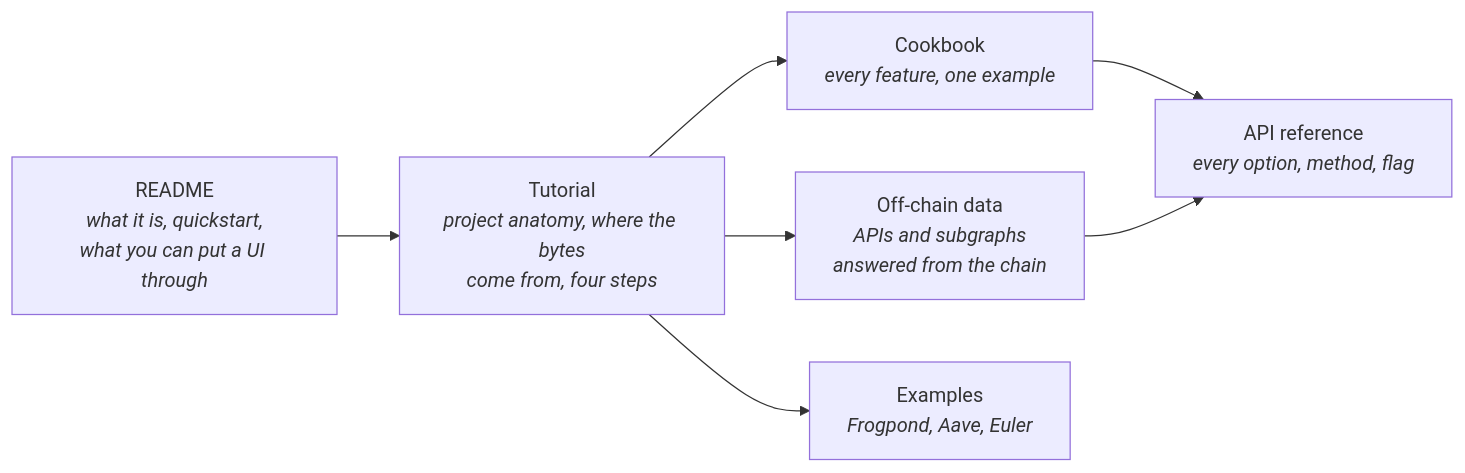
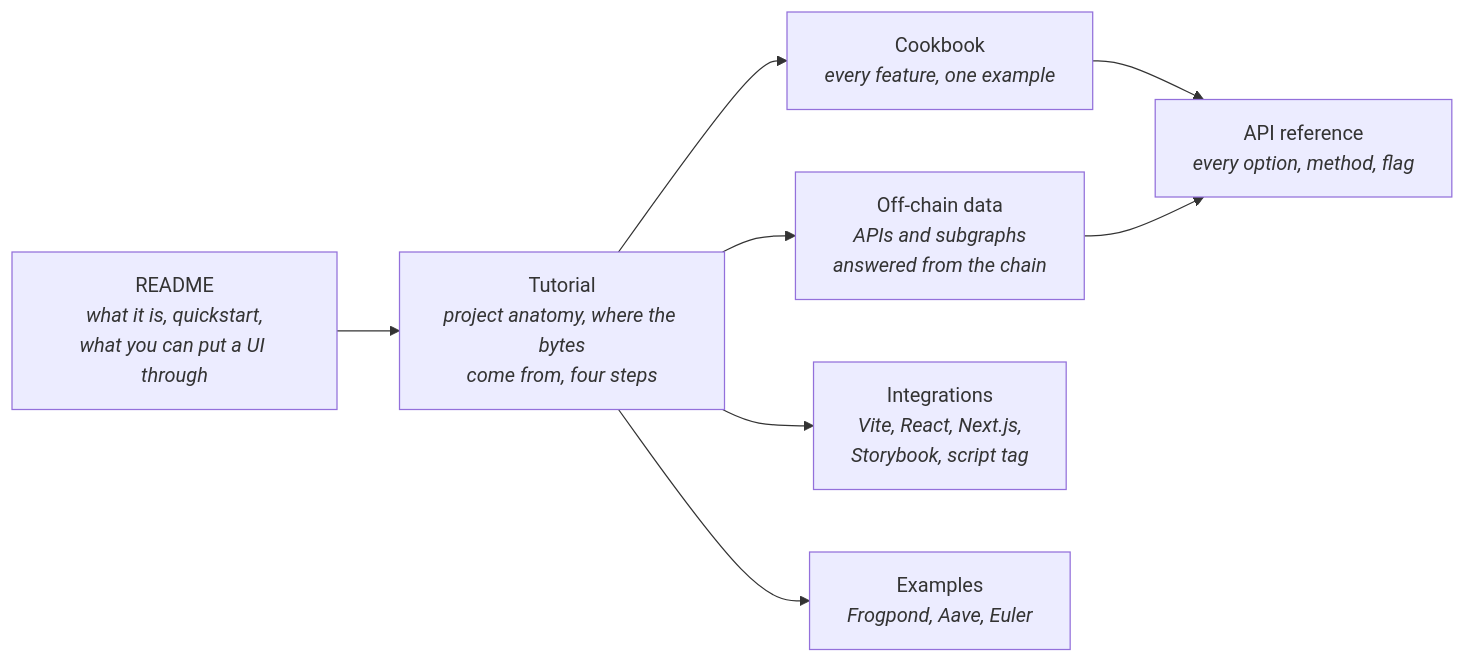
One commit to damarnez/terrarium changed the diagram in docs/README.md. Above: the diagram before and after it, drawn with Mermaid. The commit also changed other lines of this file and 16 other files, not shown here.

First line of the commit message:
terrarium-react: mount the Terrarium from a React tree (Next.js, Remix, CRA, Storybook); startTerrarium options + stopTerrarium; integrations guide

````diff
--- a/docs/README.md
+++ b/docs/README.md
@@ -8,9 +8,10 @@
 ```mermaid
 flowchart LR
   readme["README<br/><i>what it is, quickstart,<br/>what you can put a UI through</i>"] --> tut["Tutorial<br/><i>project anatomy, where the bytes<br/>come from, four steps</i>"]
   tut --> http["Off-chain data<br/><i>APIs and subgraphs<br/>answered from the chain</i>"]
   tut --> cook["Cookbook<br/><i>every feature, one example</i>"]
+  tut --> integ["Integrations<br/><i>Vite, React, Next.js,<br/>Storybook, script tag</i>"]
   cook --> api["API reference<br/><i>every option, method, flag</i>"]
   http --> api
   tut --> ex["Examples<br/><i>Frogpond, Aave, Euler</i>"]
 ```
````
